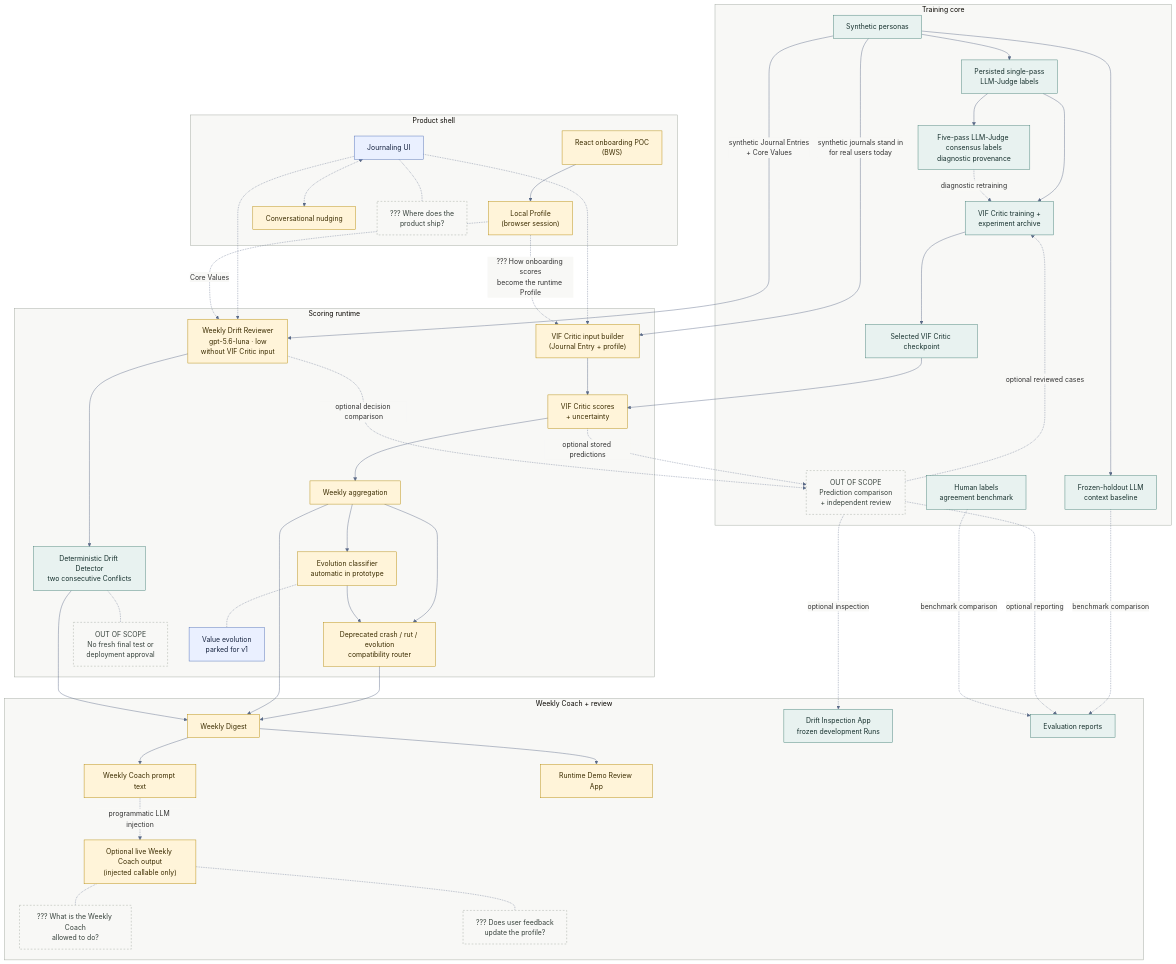
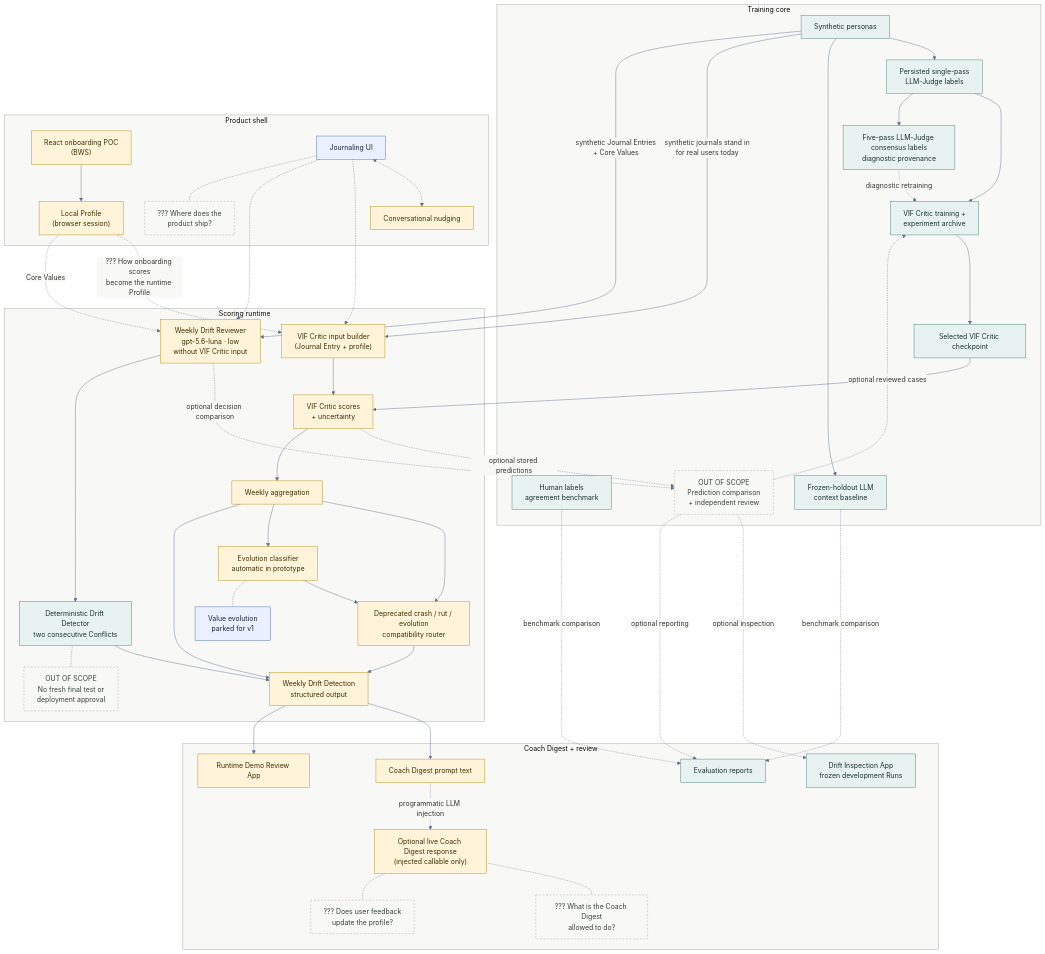
Before and after one commit to DesmondChoy/twinkl: the diagram in docs/architecture/e2e_architecture.md, drawn with Mermaid. The commit also changed other lines of this file and 33 other files, not shown here.

Commit message:
docs: define weekly drift detection and coach digest (twinkl-7ho6)

```diff
--- a/docs/architecture/e2e_architecture.md
+++ b/docs/architecture/e2e_architecture.md
@@ -60,19 +60,19 @@
         drift["Deprecated crash / rut / evolution<br/>compatibility router"]
         reviewer["Weekly Drift Reviewer<br/>gpt-5.6-luna · low<br/>without VIF Critic input"]
         drift_v1["Deterministic Drift Detector<br/>two consecutive Conflicts"]
+        digest["Weekly Drift Detection<br/>structured output"]
         evolution["Evolution classifier<br/>automatic in prototype"]
         d_trigger["OUT OF SCOPE<br/>No fresh final test or<br/>deployment approval"]
         d_evolution["Value evolution<br/>parked for v1"]
     end
 
-    subgraph coach["Weekly Coach + review"]
-        digest["Weekly Digest"]
-        prompt["Weekly Coach prompt text"]
-        narrative["Optional live Weekly Coach output<br/>(injected callable only)"]
+    subgraph coach["Coach Digest + review"]
+        prompt["Coach Digest prompt text"]
+        narrative["Optional live Coach Digest response<br/>(injected callable only)"]
         runtime_review["Runtime Demo Review App"]
         drift_review["Drift Inspection App<br/>frozen development Runs"]
         reports["Evaluation reports"]
-        d_boundary["??? What is the Weekly Coach<br/>allowed to do?"]
+        d_boundary["??? What is the Coach Digest<br/>allowed to do?"]
         d_feedback["??? Does user feedback<br/>update the profile?"]
     end
 
@@ -109,7 +109,7 @@
     weekly --> evolution --> drift
     reviewer --> drift_v1
 
-    %% Weekly Coach + review (wired, experimental)
+    %% Weekly Drift Detection and Coach Digest (wired, experimental)
     drift --> digest
     weekly --> digest
     drift_v1 --> digest
```
